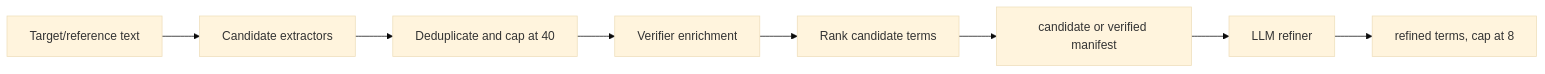
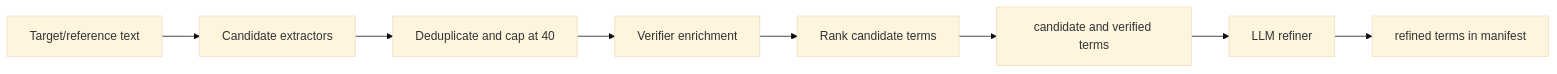
One commit to MohammadKhodadad/Chem-Machine-Translation changed the second of 3 diagrams in docs/benchmark-generation-pipeline.md. Above: the diagram before and after it, drawn with Mermaid (base theme). The commit also changed other lines of this file and 143 other files, not shown here.

````diff
--- a/docs/benchmark-generation-pipeline.md
+++ b/docs/benchmark-generation-pipeline.md
@@ -58,10 +67,10 @@
 ```mermaid
 flowchart LR
   A[Target/reference text] --> B[Candidate extractors]
   B --> C[Deduplicate and cap at 40]
   C --> D[Verifier enrichment]
   D --> E[Rank candidate terms]
-  E --> F[candidate or verified manifest]
+  E --> F[candidate and verified terms]
   F --> G[LLM refiner]
-  G --> H[refined terms, cap at 8]
+  G --> H[refined terms in manifest]
 ```
````
